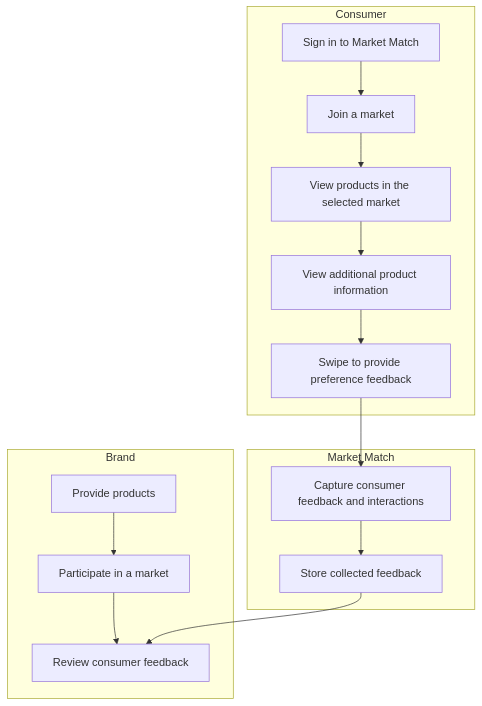
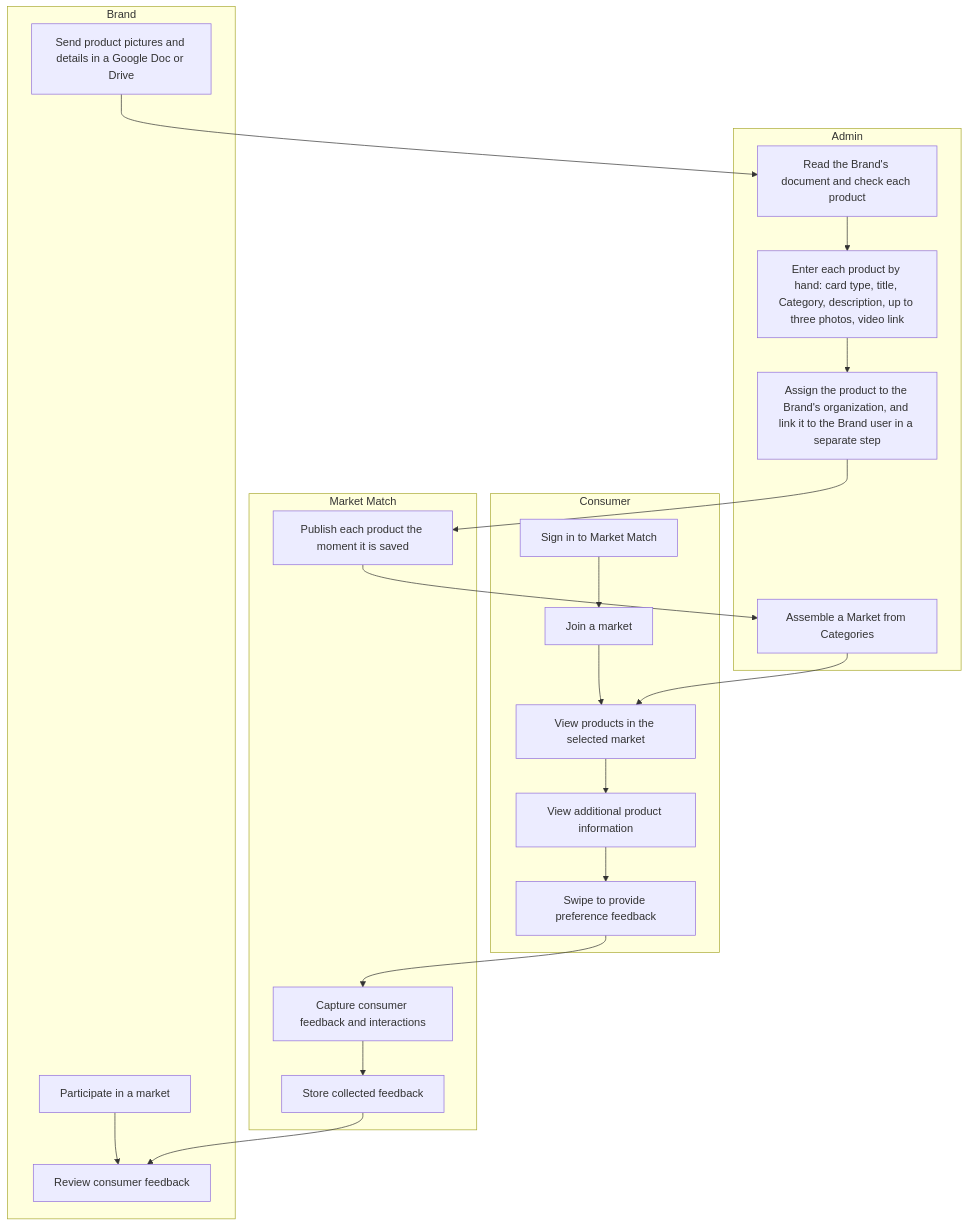
One commit to gkuchar/cosc-40943-team-11-market-match changed the first of 3 diagrams in docs/requirements/vision-and-scope.md. Above: the diagram before and after it, drawn with Mermaid. The commit also changed other lines of this file and 12 other files, not shown here.

First line of the commit message:
Specify Brand product import end to end and add the agent charter (#25)

````diff
--- a/docs/requirements/vision-and-scope.md
+++ b/docs/requirements/vision-and-scope.md
@@ -55,28 +56,38 @@
 ```mermaid
 flowchart TD
     subgraph Consumer
         A[Sign in to Market Match]
         B[Join a market]
         C[View products in the selected market]
         D[View additional product information]
         E[Swipe to provide preference feedback]
         A --> B --> C --> D --> E
     end
 
     subgraph MarketMatch[Market Match]
+        K[Publish each product the moment it is saved]
         F[Capture consumer feedback and interactions]
         G[Store collected feedback]
         F --> G
     end
 
+    subgraph Admin
+        S[Read the Brand's document and check each product]
+        T[Enter each product by hand: card type, title, Category, description, up to three photos, video link]
+        U[Assign the product to the Brand's organization, and link it to the Brand user in a separate step]
+        W[Assemble a Market from Categories]
+        S --> T --> U
+    end
+
     subgraph Brand
-        H[Provide products]
+        H[Send product pictures and details in a Google Doc or Drive]
         I[Participate in a market]
         J[Review consumer feedback]
-        H --> I --> J
+        I --> J
     end
 
+    H --> S
+    U --> K --> W --> C
     E --> F
     G --> J
-
 ```
````
